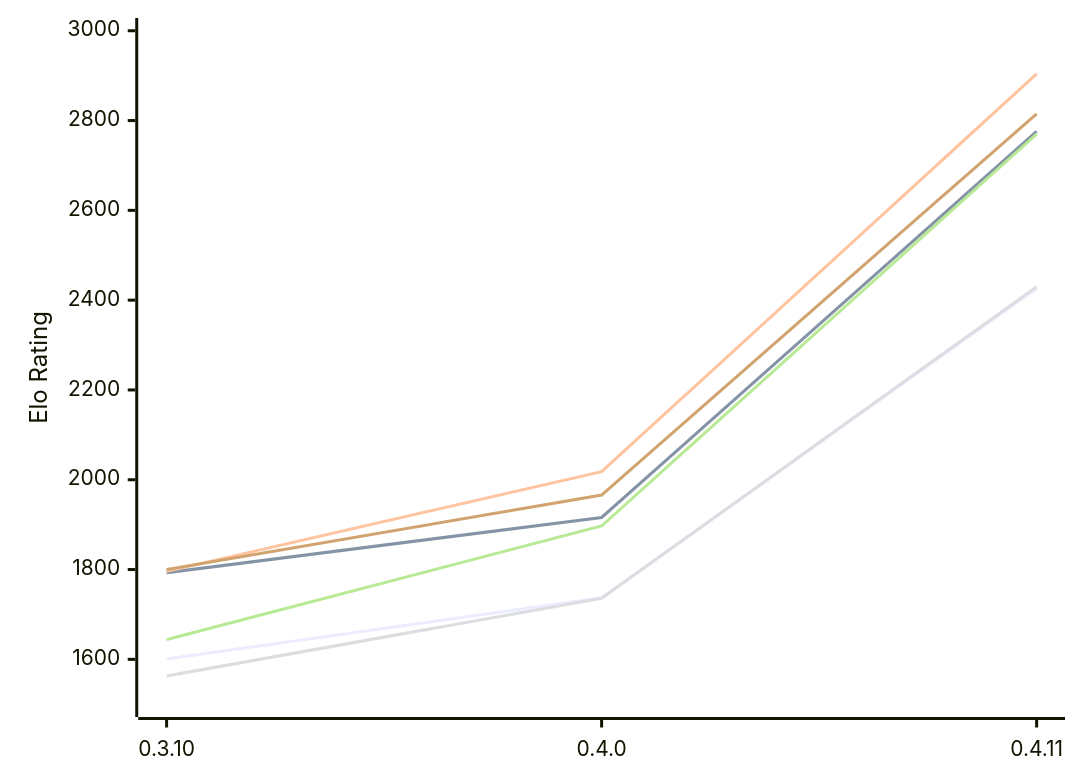
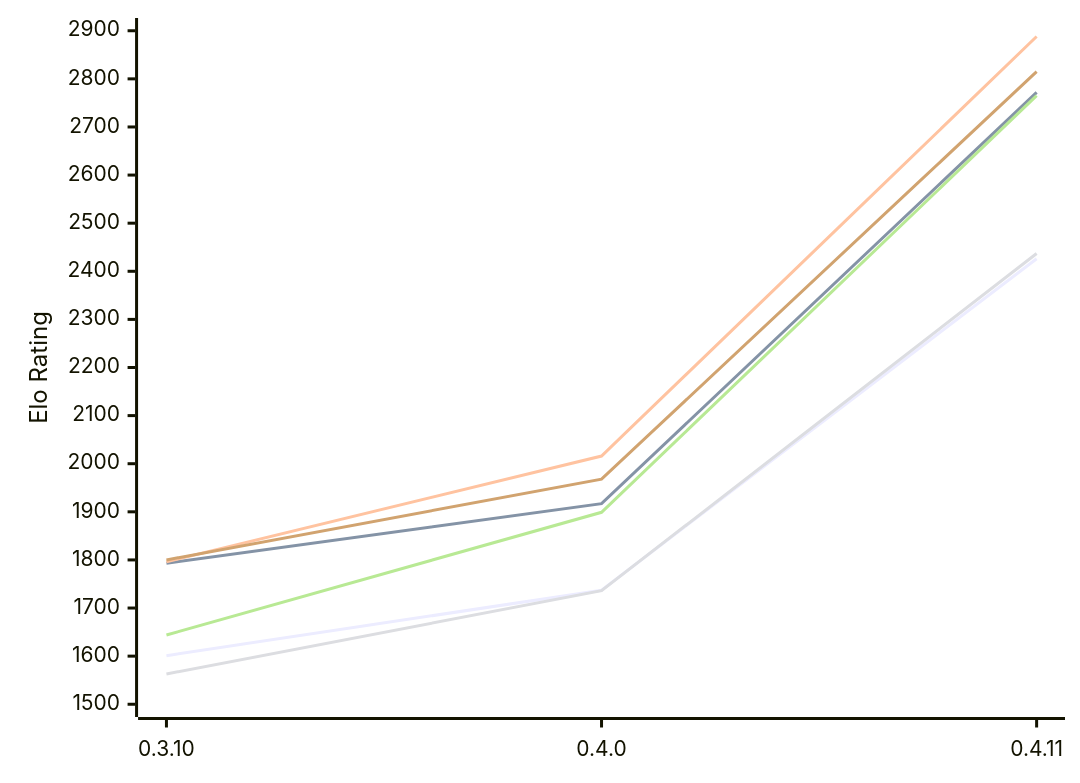
One commit to computer-chess-index/cci changed the first of 2 diagrams in engines/Arche.md. Above: the diagram before and after it, drawn with Mermaid. The commit also changed other lines of this file, not shown here.

Commit message:
Update CCI Ratings (ELO VLTC) - 2026-11-28

````diff
--- a/engines/Arche.md
+++ b/engines/Arche.md
@@ -55,12 +55,12 @@
 ```mermaid
 %%{init: {"theme":"base","themeVariables":{"seriesColors:['#a3a3a3','#222221','#faa371']}}}%%
 xychart-beta
   x-axis ["0.3.10", "0.4.0", "0.4.11"]
-  y-axis "Elo Rating" 1500 --> 3000
+  y-axis "Elo Rating" 1500 --> 2900
   line "E1: STC (8.0+0.08s)" [1601, 1737, 2426]
-  line "E1: LTC (60.0+0.60s)" [1793, 1916, 2776]
-  line "E1: VLTC (2m24s+1.12s)" [1796, 2018, 2904]
-  line "P1: STC (8.0+0.08s)" [1563, 1736, 2430]
-  line "P1: LTC (60.0+0.60s)" [1644, 1897, 2770]
-  line "P1: VLTC (2m24s+1.12s)" [1800, 1966, 2815]
+  line "E1: LTC (60.0+0.60s)" [1793, 1917, 2772]
+  line "E1: VLTC (2m24s+1.12s)" [1796, 2016, 2888]
+  line "P1: STC (8.0+0.08s)" [1563, 1736, 2437]
+  line "P1: LTC (60.0+0.60s)" [1644, 1899, 2765]
+  line "P1: VLTC (2m24s+1.12s)" [1800, 1968, 2815]
 ```
````
